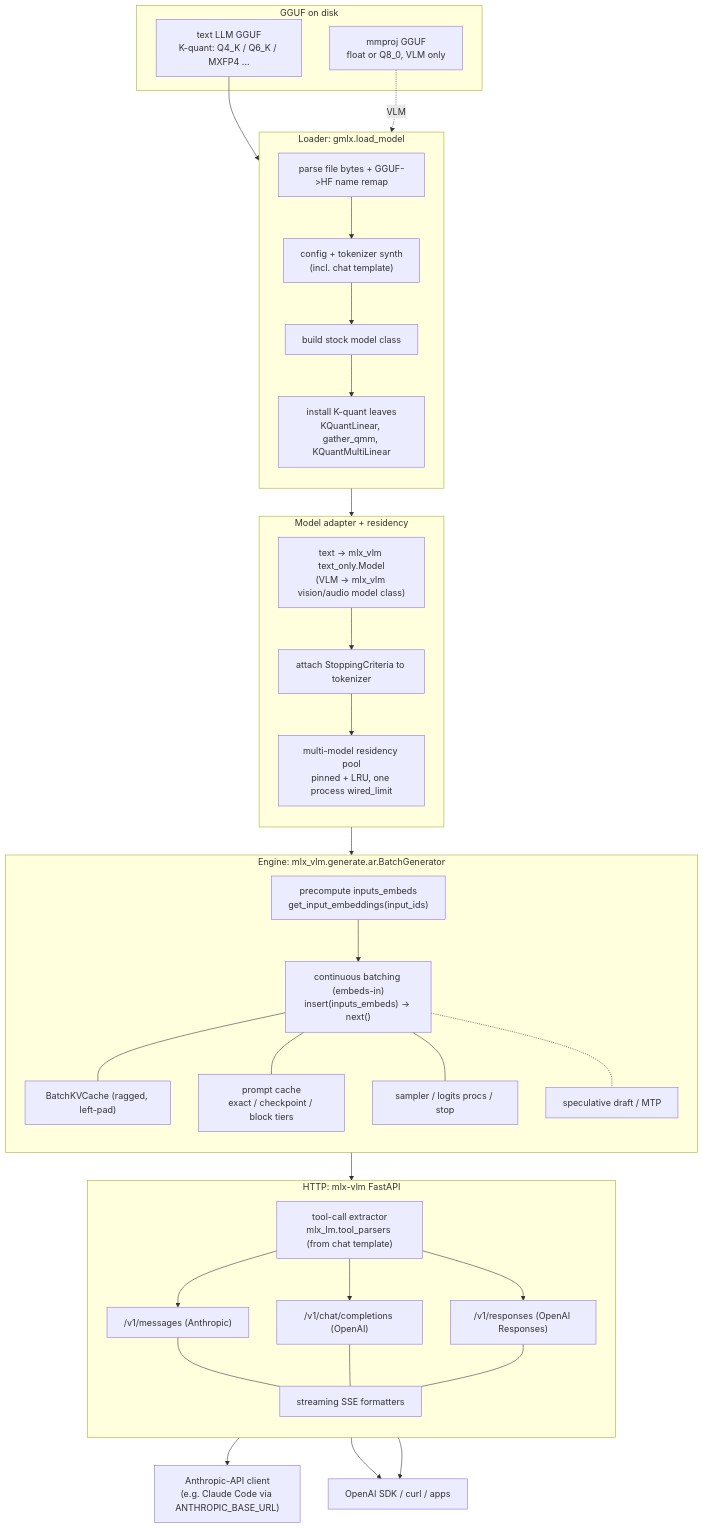
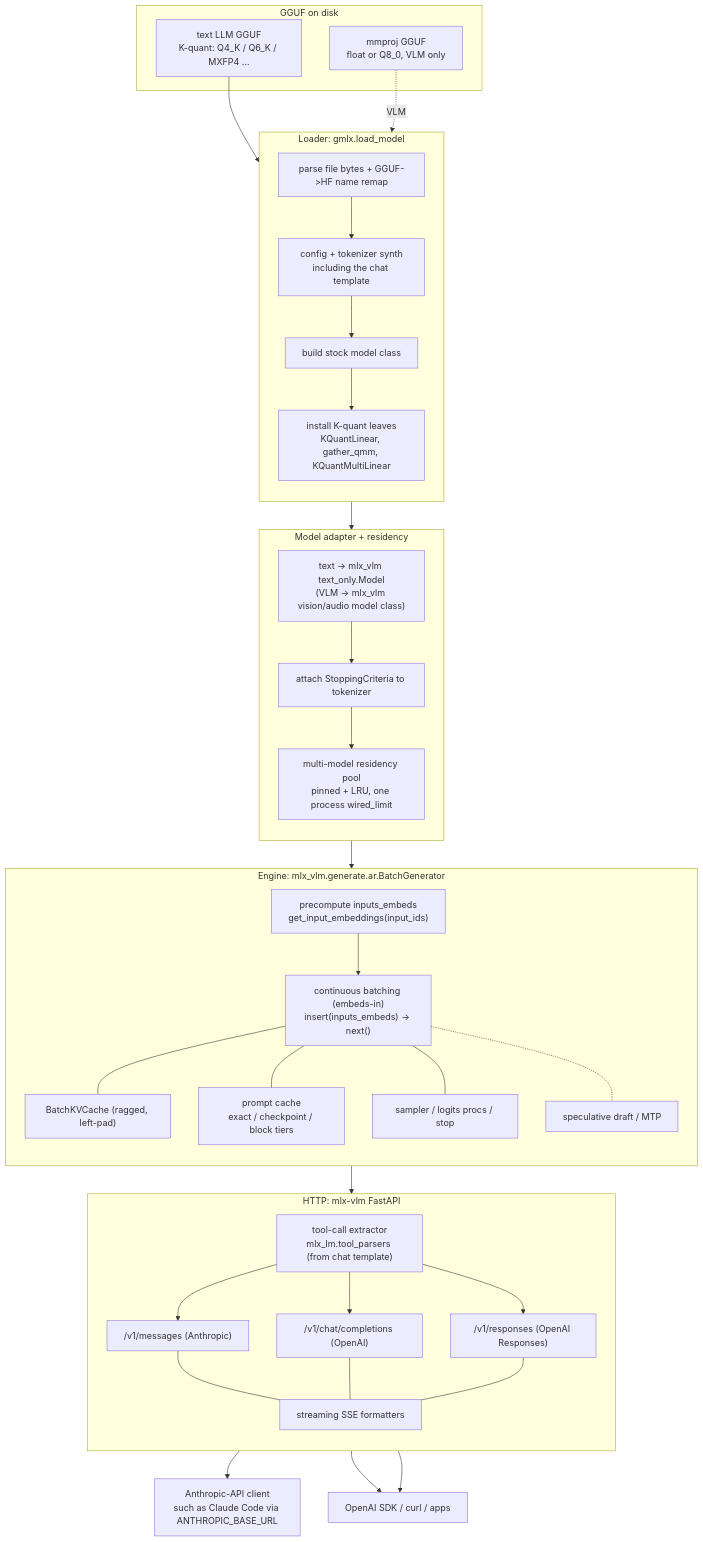
One commit to asher/gmlx changed the first of 2 diagrams in docs/internals/serving-architecture.md. Above: the diagram before and after it, drawn with Mermaid. The commit also changed other lines of this file and 7 other files, not shown here.

````diff
--- a/docs/internals/serving-architecture.md
+++ b/docs/internals/serving-architecture.md
@@ -17,63 +17,63 @@
 ```mermaid
 flowchart TD
     subgraph DISK["GGUF on disk"]
         LLM["text LLM GGUF<br/>K-quant: Q4_K / Q6_K / MXFP4 ..."]
         MM["mmproj GGUF<br/>float or Q8_0, VLM only"]
     end
 
     subgraph LOAD["Loader: gmlx.load_model"]
         direction TB
         PARSE["parse file bytes + GGUF->HF name remap"]
-        SYNTH["config + tokenizer synth<br/>(incl. chat template)"]
+        SYNTH["config + tokenizer synth<br/>including the chat template"]
         BUILD["build stock model class"]
         KQ["install K-quant leaves<br/>KQuantLinear, gather_qmm, KQuantMultiLinear"]
         PARSE --> SYNTH --> BUILD --> KQ
     end
     LLM --> PARSE
     MM -. VLM .-> PARSE
 
     subgraph ADAPT["Model adapter + residency"]
         direction TB
         WRAP["text -> mlx_vlm text_only.Model<br/>(VLM -> mlx_vlm vision/audio model class)"]
         STOP["attach StoppingCriteria to tokenizer"]
         REG["multi-model residency pool<br/>pinned + LRU, one process wired_limit"]
         WRAP --> STOP --> REG
     end
     KQ --> WRAP
 
     subgraph ENGINE["Engine: mlx_vlm.generate.ar.BatchGenerator"]
         direction TB
         EMB["precompute inputs_embeds<br/>get_input_embeddings(input_ids)"]
         BG["continuous batching (embeds-in)<br/>insert(inputs_embeds) -> next()"]
         KVC["BatchKVCache (ragged, left-pad)"]
         APC["prompt cache<br/>exact / checkpoint / block tiers"]
         SAMP["sampler / logits procs / stop"]
         MTP["speculative draft / MTP"]
         EMB --> BG
         BG --- KVC
         BG --- APC
         BG --- SAMP
         BG -.- MTP
     end
     REG --> EMB
 
     subgraph PROTO["HTTP: mlx-vlm FastAPI"]
         direction TB
         TOOLS["tool-call extractor<br/>mlx_lm.tool_parsers (from chat template)"]
         ANTH["/v1/messages (Anthropic)"]
         OAI["/v1/chat/completions (OpenAI)"]
         RESP["/v1/responses (OpenAI Responses)"]
         SSE["streaming SSE formatters"]
         TOOLS --> ANTH & OAI & RESP
         ANTH --- SSE
         OAI --- SSE
         RESP --- SSE
     end
     BG --> TOOLS
 
-    CC["Anthropic-API client<br/>(e.g. Claude Code via ANTHROPIC_BASE_URL)"]
+    CC["Anthropic-API client<br/>such as Claude Code via ANTHROPIC_BASE_URL"]
     SDK["OpenAI SDK / curl / apps"]
     ANTH --> CC
     OAI --> SDK
     RESP --> SDK
 ```
````
